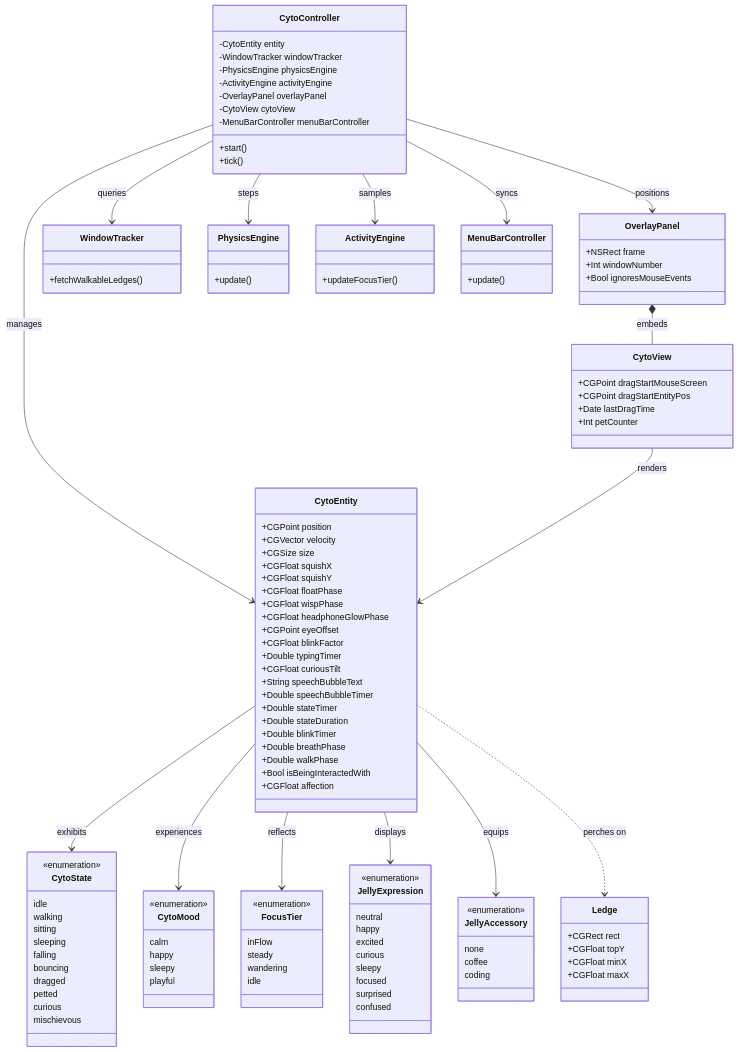
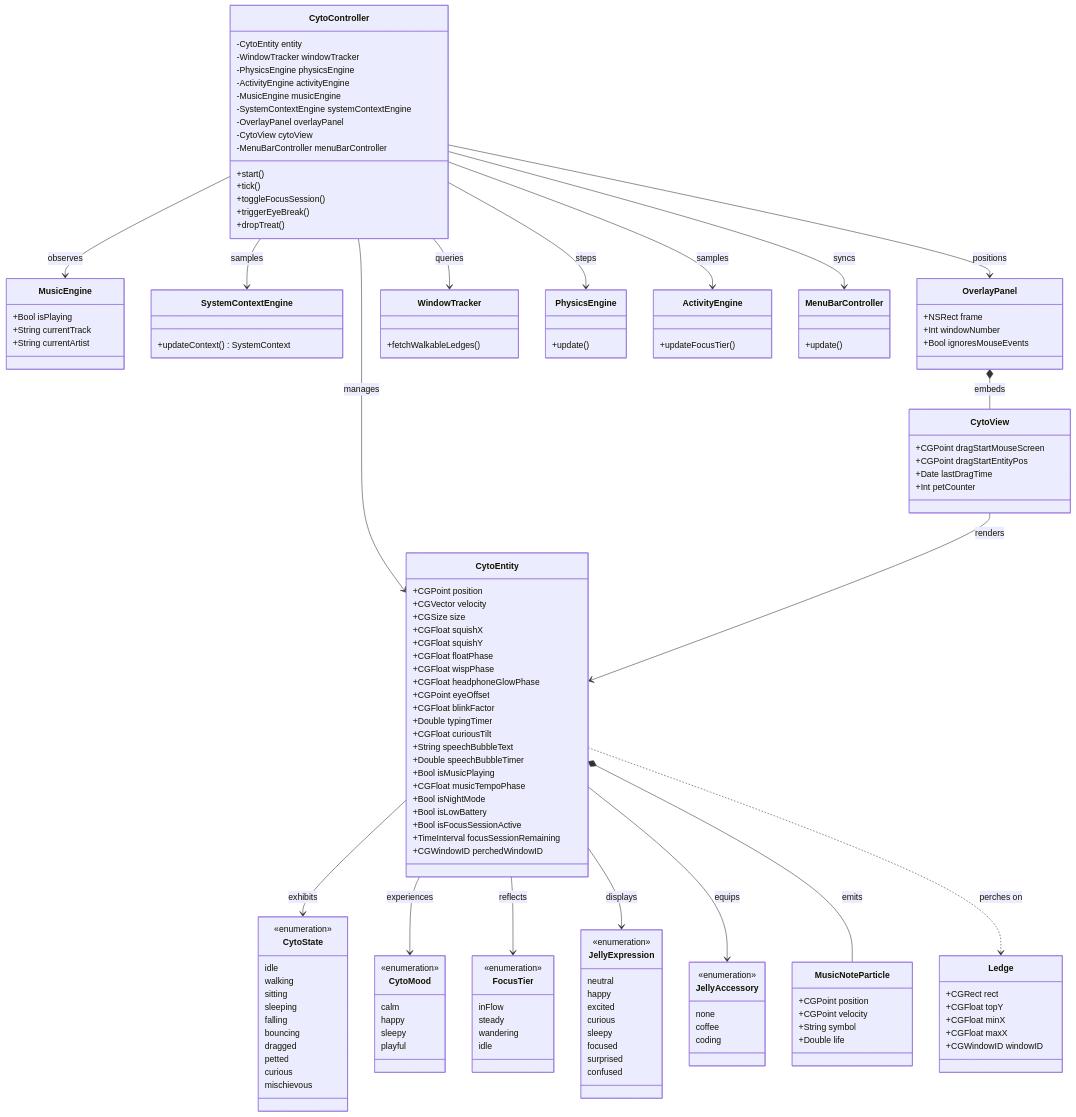
The third of 4 diagrams in README.md (variable005/cyto), drawn with Mermaid before and after one commit. The commit also changed other lines of this file, not shown here.

Commit message:
docs: document media sync, hitchhiking, circadian rhythm, pomodoro, and treat systems in README

````diff
--- a/README.md
+++ b/README.md
@@ -149,11 +149,16 @@
         -WindowTracker windowTracker
         -PhysicsEngine physicsEngine
         -ActivityEngine activityEngine
+        -MusicEngine musicEngine
+        -SystemContextEngine systemContextEngine
         -OverlayPanel overlayPanel
         -CytoView cytoView
         -MenuBarController menuBarController
         +start()
         +tick()
+        +toggleFocusSession()
+        +triggerEyeBreak()
+        +dropTreat()
     }
 
     class CytoEntity {
@@ -171,13 +176,30 @@
         +CGFloat curiousTilt
         +String speechBubbleText
         +Double speechBubbleTimer
-        +Double stateTimer
-        +Double stateDuration
-        +Double blinkTimer
-        +Double breathPhase
-        +Double walkPhase
-        +Bool isBeingInteractedWith
-        +CGFloat affection
+        +Bool isMusicPlaying
+        +CGFloat musicTempoPhase
+        +Bool isNightMode
+        +Bool isLowBattery
+        +Bool isFocusSessionActive
+        +TimeInterval focusSessionRemaining
+        +CGWindowID perchedWindowID
+    }
+
+    class MusicEngine {
+        +Bool isPlaying
+        +String currentTrack
+        +String currentArtist
+    }
+
+    class SystemContextEngine {
+        +updateContext() SystemContext
+    }
+
+    class MusicNoteParticle {
+        +CGPoint position
+        +CGPoint velocity
+        +String symbol
+        +Double life
     }
 
     class Ledge {
@@ -185,6 +207,7 @@
         +CGFloat topY
         +CGFloat minX
         +CGFloat maxX
+        +CGWindowID windowID
     }
 
     class CytoState {
@@ -269,6 +292,8 @@
     CytoController --> WindowTracker : queries
     CytoController --> PhysicsEngine : steps
     CytoController --> ActivityEngine : samples
+    CytoController --> MusicEngine : observes
+    CytoController --> SystemContextEngine : samples
     CytoController --> OverlayPanel : positions
     CytoController --> MenuBarController : syncs
     OverlayPanel *-- CytoView : embeds
@@ -279,5 +304,6 @@
     CytoEntity --> FocusTier : reflects
     CytoEntity --> JellyExpression : displays
     CytoEntity --> JellyAccessory : equips
+    CytoEntity *-- MusicNoteParticle : emits
     CytoEntity ..> Ledge : perches on
 ```
````
